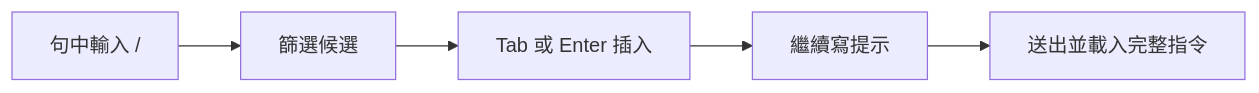
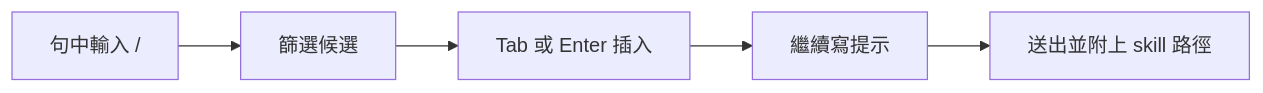
Before and after one commit to tp6gw94/my-pi: the diagram in agent/extensions/inline-skills/README.md, drawn with Mermaid. The commit also changed other lines of this file and 6 other files, not shown here.

````diff
--- a/agent/extensions/inline-skills/README.md
+++ b/agent/extensions/inline-skills/README.md
@@ -17,7 +17,7 @@
 ```mermaid
 flowchart LR
     A[句中輸入 /] --> B[篩選候選]
     B --> C[Tab 或 Enter 插入]
     C --> D[繼續寫提示]
-    D --> E[送出並載入完整指令]
+    D --> E[送出並附上 skill 路徑]
 ```
````
